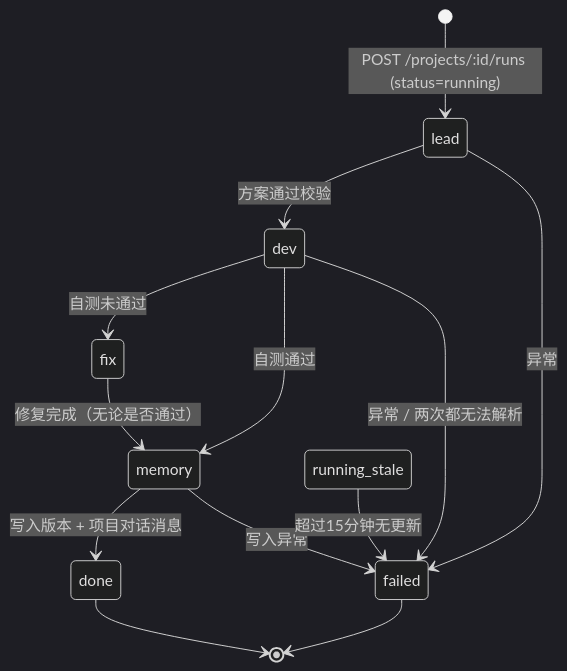
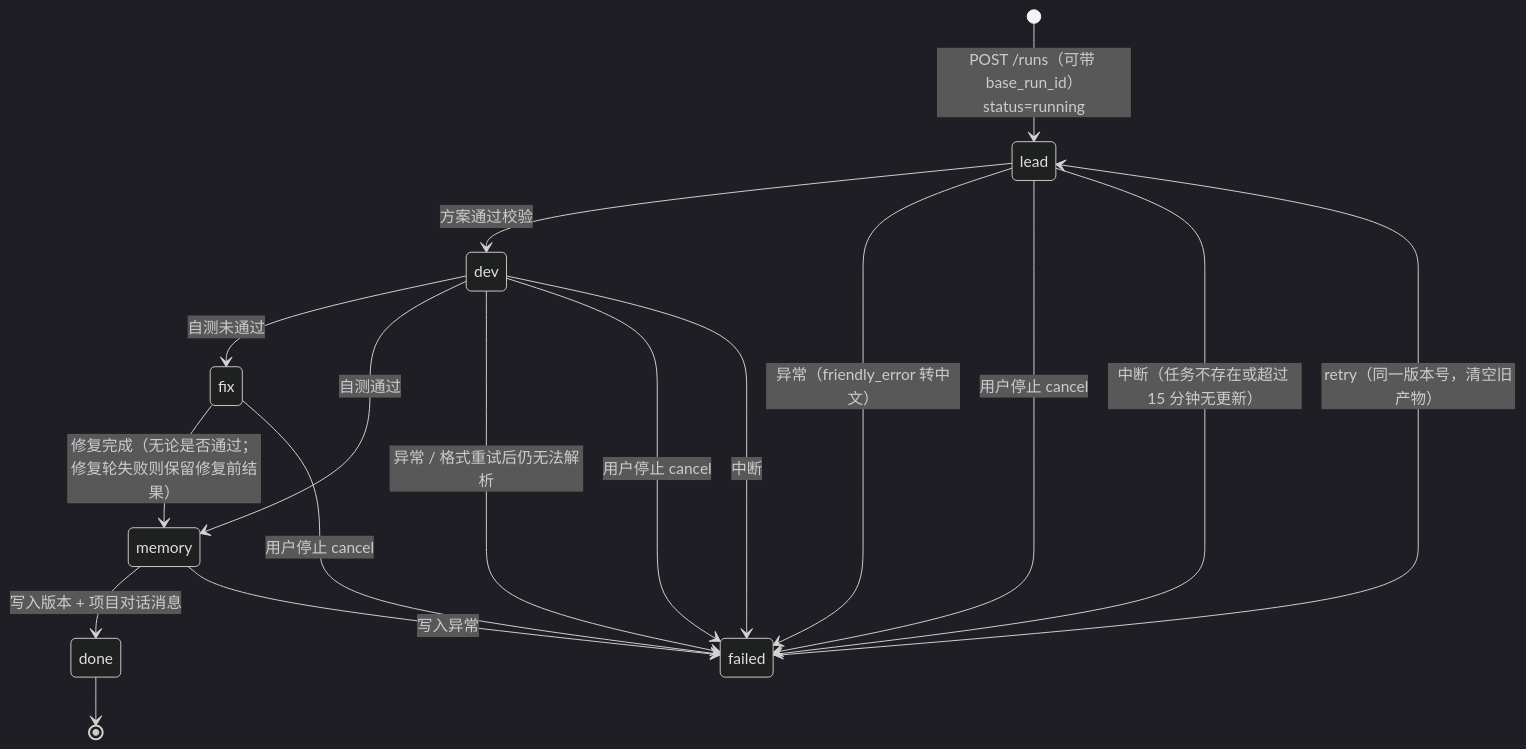
One commit to immoobc/atoms-demo changed the fifth of 12 diagrams in app/docs/系统功能设计说明.md. Above: the diagram before and after it, drawn with Mermaid (dark theme). The commit also changed other lines of this file and 20 other files, not shown here.

````diff
--- a/app/docs/系统功能设计说明.md
+++ b/app/docs/系统功能设计说明.md
@@ -334,15 +397,19 @@
 ```mermaid
 stateDiagram-v2
-  [*] --> lead: POST /projects/:id/runs (status=running)
+  [*] --> lead: POST /runs（可带 base_run_id）status=running
   lead --> dev: 方案通过校验
   dev --> fix: 自测未通过
   dev --> memory: 自测通过
-  fix --> memory: 修复完成（无论是否通过）
+  fix --> memory: 修复完成（无论是否通过；修复轮失败则保留修复前结果）
   memory --> done: 写入版本 + 项目对话消息
-  lead --> failed: 异常
-  dev --> failed: 异常 / 两次都无法解析
+  lead --> failed: 异常（friendly_error 转中文）
+  dev --> failed: 异常 / 格式重试后仍无法解析
   memory --> failed: 写入异常
-  running_stale --> failed: 超过15分钟无更新
+  lead --> failed: 用户停止 cancel
+  dev --> failed: 用户停止 cancel
+  fix --> failed: 用户停止 cancel
+  lead --> failed: 中断（任务不存在或超过 15 分钟无更新）
+  dev --> failed: 中断
+  failed --> lead: retry（同一版本号，清空旧产物）
   done --> [*]
-  failed --> [*]
 ```
````
